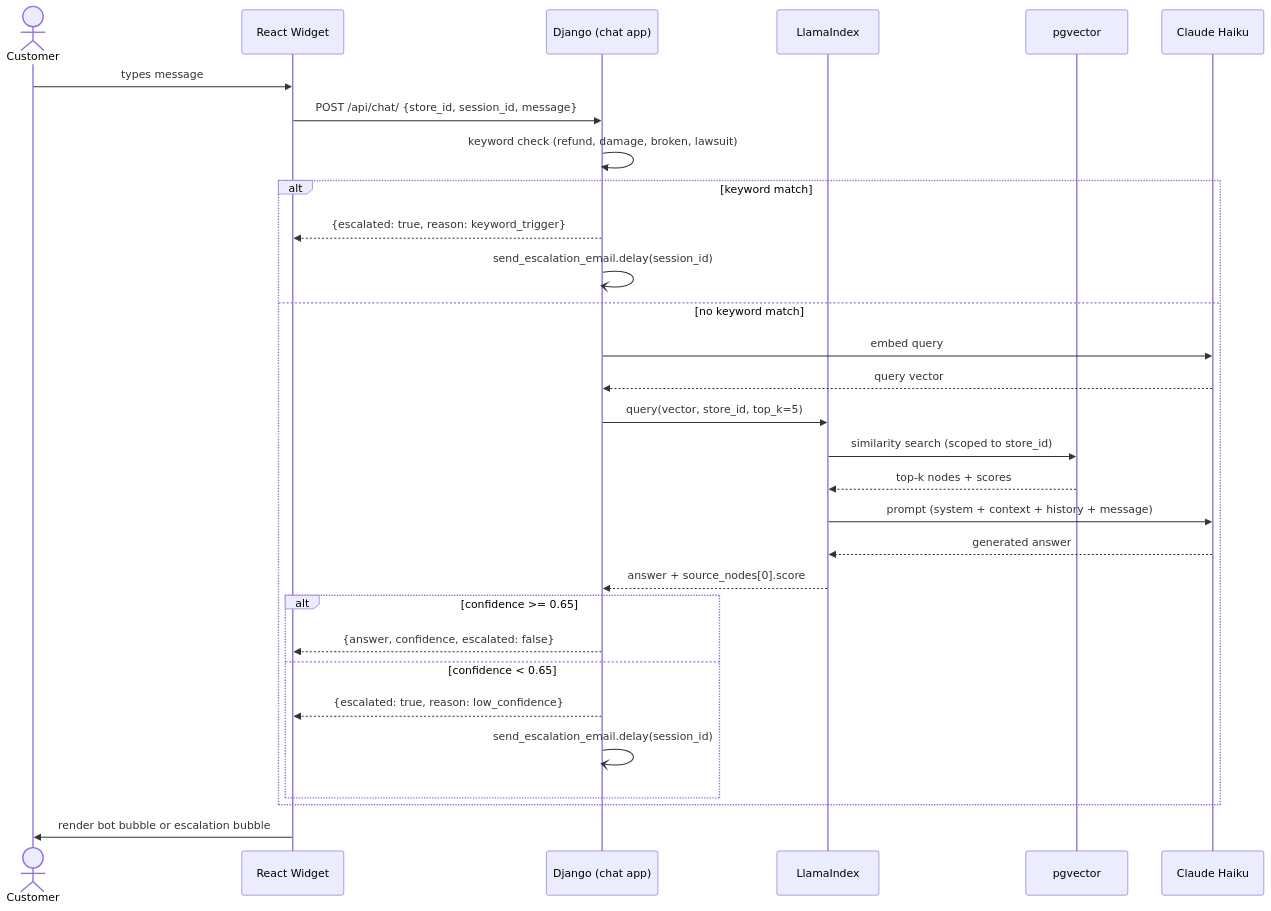
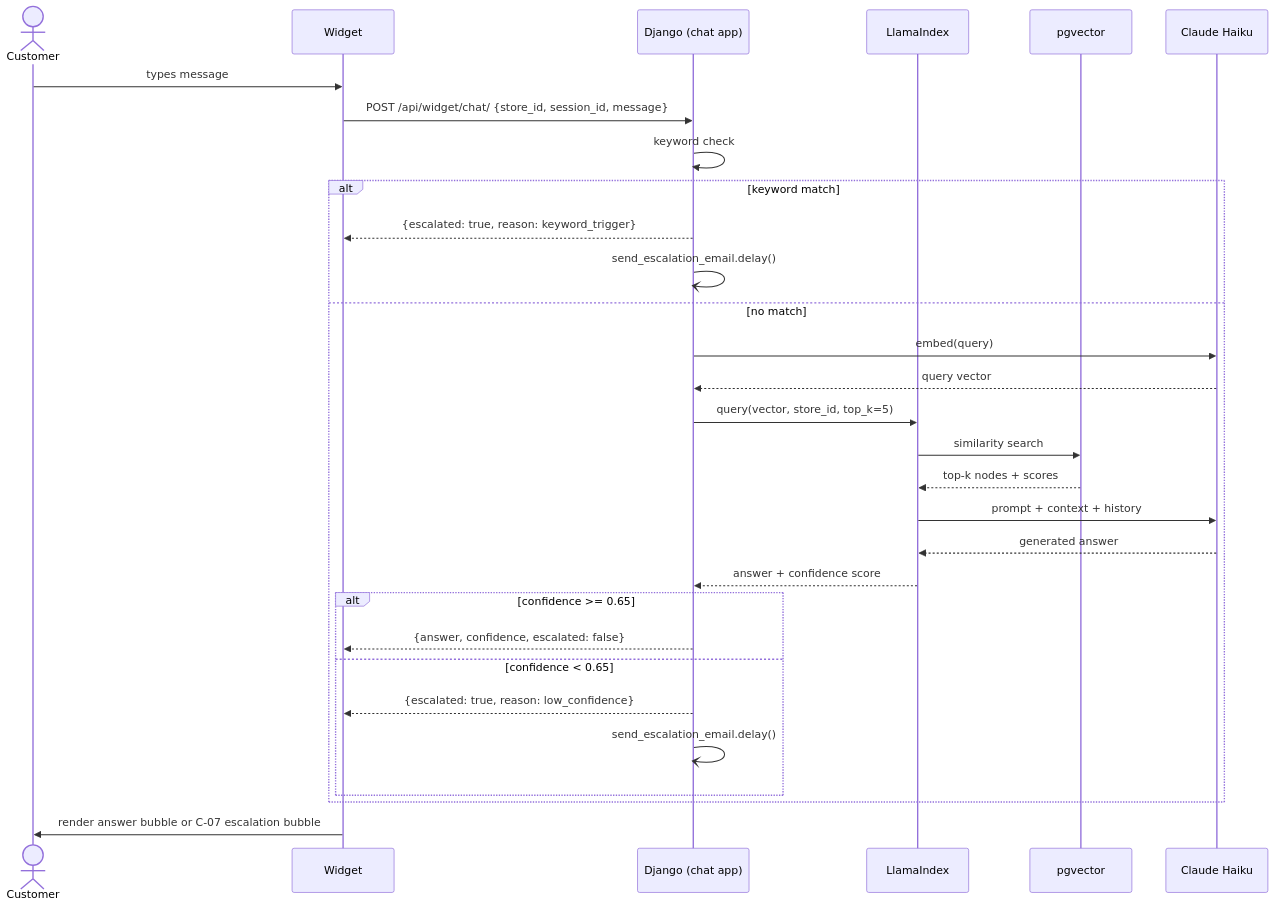
The second of 5 diagrams in .docs/PRD_v0.md (aji-pratama/woocs), drawn with Mermaid before and after one commit. The commit also changed other lines of this file, not shown here.

````diff
--- a/.docs/PRD_v0.md
+++ b/.docs/PRD_v0.md
@@ -1233,38 +1261,36 @@
 ```mermaid
 sequenceDiagram
   actor Customer
-  participant Widget as React Widget
+  participant Widget
   participant Django as Django (chat app)
   participant Llama as LlamaIndex
   participant PG as pgvector
   participant Haiku as Claude Haiku
 
   Customer->>Widget: types message
-  Widget->>Django: POST /api/chat/ {store_id, session_id, message}
-
-  Django->>Django: keyword check (refund, damage, broken, lawsuit)
+  Widget->>Django: POST /api/widget/chat/ {store_id, session_id, message}
+  Django->>Django: keyword check
 
   alt keyword match
     Django-->>Widget: {escalated: true, reason: keyword_trigger}
-    Django-)Django: send_escalation_email.delay(session_id)
-  else no keyword match
-    Django->>Haiku: embed query
+    Django-)Django: send_escalation_email.delay()
+  else no match
+    Django->>Haiku: embed(query)
     Haiku-->>Django: query vector
-
     Django->>Llama: query(vector, store_id, top_k=5)
-    Llama->>PG: similarity search (scoped to store_id)
+    Llama->>PG: similarity search
     PG-->>Llama: top-k nodes + scores
-    Llama->>Haiku: prompt (system + context + history + message)
+    Llama->>Haiku: prompt + context + history
     Haiku-->>Llama: generated answer
-    Llama-->>Django: answer + source_nodes[0].score
+    Llama-->>Django: answer + confidence score
 
     alt confidence >= 0.65
       Django-->>Widget: {answer, confidence, escalated: false}
     else confidence < 0.65
       Django-->>Widget: {escalated: true, reason: low_confidence}
-      Django-)Django: send_escalation_email.delay(session_id)
+      Django-)Django: send_escalation_email.delay()
     end
   end
 
-  Widget->>Customer: render bot bubble or escalation bubble
+  Widget->>Customer: render answer bubble or C-07 escalation bubble
 ```
````
